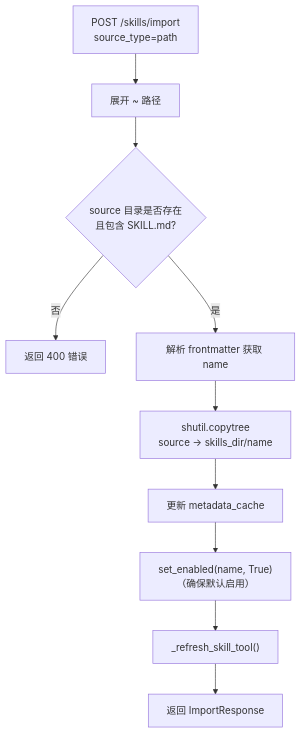
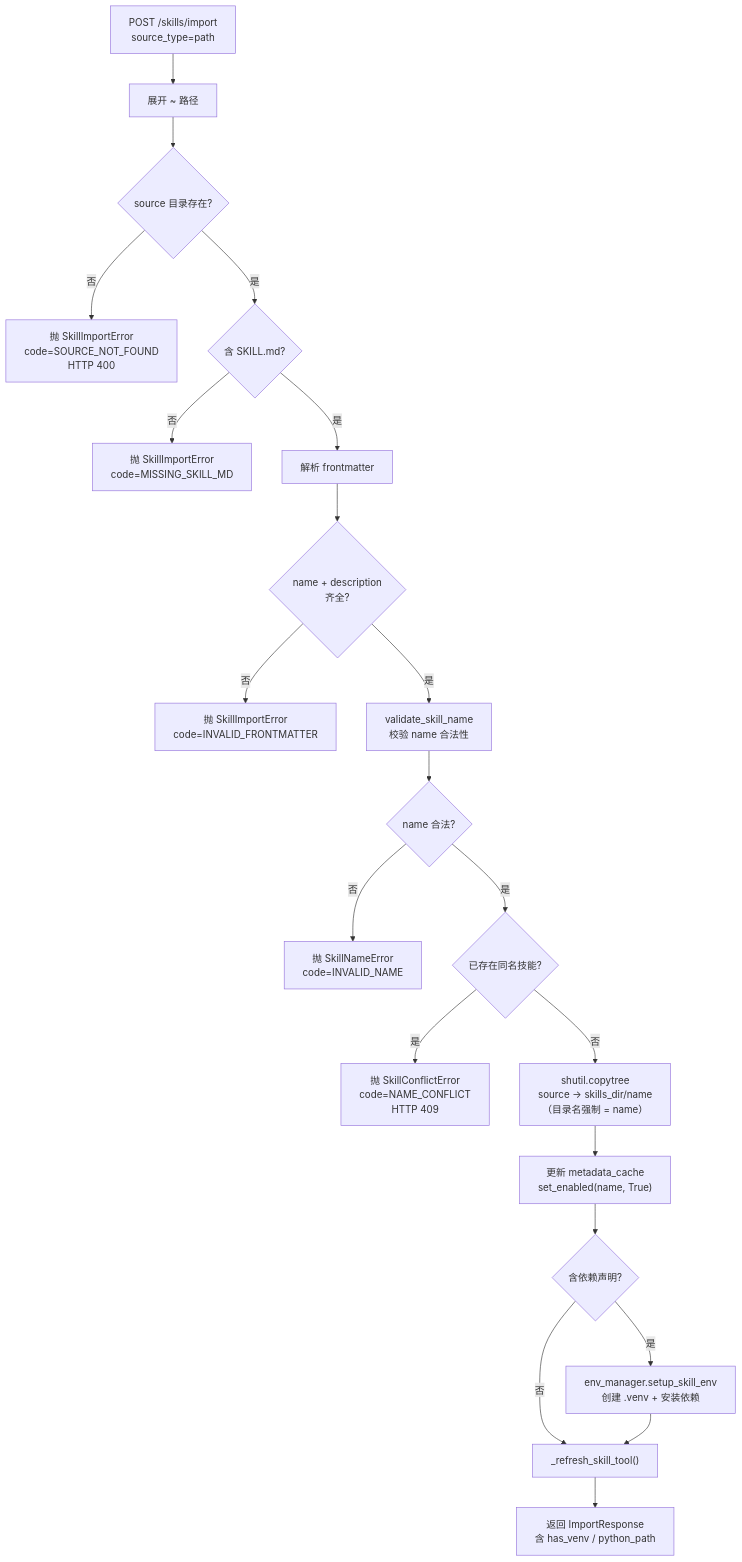
One commit to promisestar/MyClaw changed the fifth of 15 diagrams in docs/Skill系统实现与升级说明.md. Above: the diagram before and after it, drawn with Mermaid. The commit also changed other lines of this file and 10 other files, not shown here.

````diff
--- a/docs/Skill系统实现与升级说明.md
+++ b/docs/Skill系统实现与升级说明.md
@@ -218,12 +238,23 @@
 ```mermaid
 flowchart TD
     A["POST /skills/import<br/>source_type=path"] --> B["展开 ~ 路径"]
-    B --> C{"source 目录是否存在<br/>且包含 SKILL.md?"}
-    C -->|否| D["返回 400 错误"]
-    C -->|是| E["解析 frontmatter 获取 name"]
-    E --> F["shutil.copytree<br/>source → skills_dir/name"]
-    F --> G["更新 metadata_cache"]
-    G --> H["set_enabled(name, True)<br/>（确保默认启用）"]
-    H --> I["_refresh_skill_tool()"]
-    I --> J["返回 ImportResponse"]
+    B --> C{"source 目录存在?"}
+    C -->|否| EX1["抛 SkillImportError<br/>code=SOURCE_NOT_FOUND<br/>HTTP 400"]
+    C -->|是| D{"含 SKILL.md?"}
+    D -->|否| EX2["抛 SkillImportError<br/>code=MISSING_SKILL_MD"]
+    D -->|是| E["解析 frontmatter"]
+    E --> F{"name + description<br/>齐全?"}
+    F -->|否| EX3["抛 SkillImportError<br/>code=INVALID_FRONTMATTER"]
+    F -->|是| G["validate_skill_name<br/>校验 name 合法性"]
+    G --> H{"name 合法?"}
+    H -->|否| EX4["抛 SkillNameError<br/>code=INVALID_NAME"]
+    H -->|是| I{"已存在同名技能?"}
+    I -->|是| EX5["抛 SkillConflictError<br/>code=NAME_CONFLICT<br/>HTTP 409"]
+    I -->|否| J["shutil.copytree<br/>source → skills_dir/name<br/>（目录名强制 = name）"]
+    J --> K["更新 metadata_cache<br/>set_enabled(name, True)"]
+    K --> L{"含依赖声明?"}
+    L -->|是| M["env_manager.setup_skill_env<br/>创建 .venv + 安装依赖"]
+    L -->|否| N
+    M --> N["_refresh_skill_tool()"]
+    N --> Z["返回 ImportResponse<br/>含 has_venv / python_path"]
 ```
````
